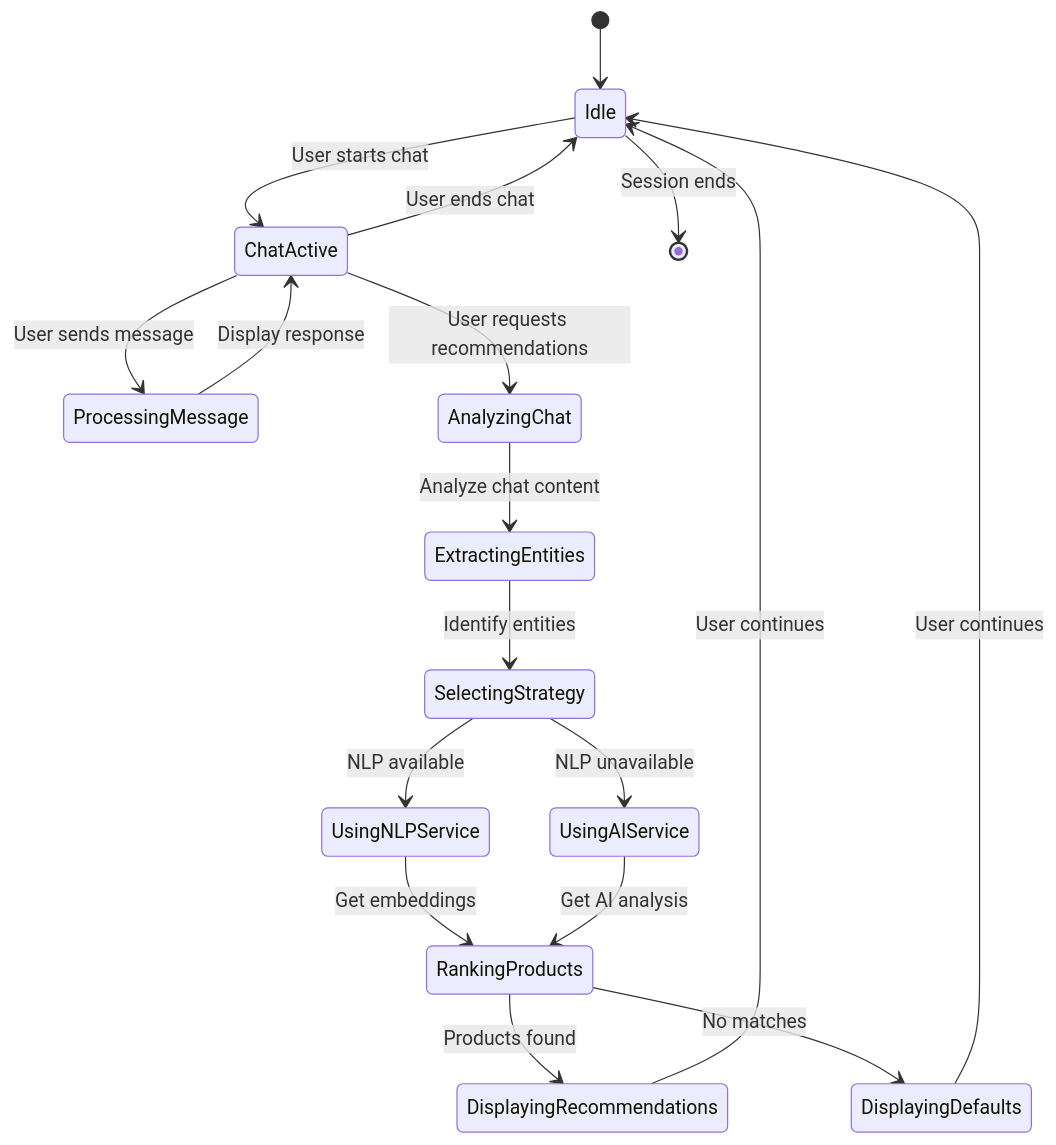
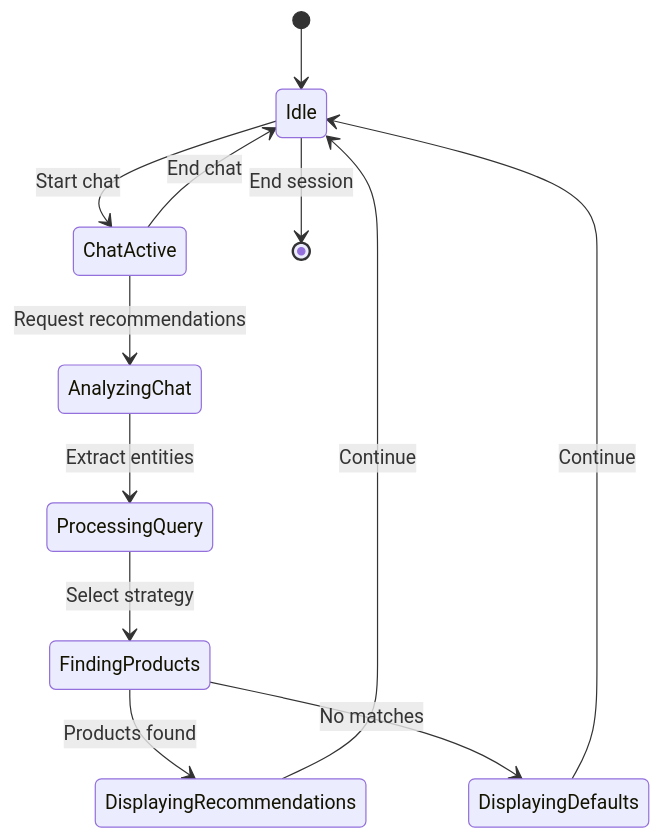
One commit to Gauravkrsah/Cropsay changed the third of 7 diagrams in documentation/digram.md. Above: the diagram before and after it, drawn with Mermaid. The commit also changed other lines of this file, not shown here.

Commit message:
Simplify and clean up system diagrams for better visualization

````diff
--- a/documentation/digram.md
+++ b/documentation/digram.md
@@ -237,30 +131,22 @@
 ```mermaid
 stateDiagram-v2
     [*] --> Idle
     
-    Idle --> ChatActive: User starts chat
+    Idle --> ChatActive: Start chat
     
-    ChatActive --> ProcessingMessage: User sends message
-    ProcessingMessage --> ChatActive: Display response
+    ChatActive --> AnalyzingChat: Request recommendations
     
-    ChatActive --> AnalyzingChat: User requests recommendations
+    AnalyzingChat --> ProcessingQuery: Extract entities
     
-    AnalyzingChat --> ExtractingEntities: Analyze chat content
-    ExtractingEntities --> SelectingStrategy: Identify entities
+    ProcessingQuery --> FindingProducts: Select strategy
     
-    SelectingStrategy --> UsingNLPService: NLP available
-    SelectingStrategy --> UsingAIService: NLP unavailable
+    FindingProducts --> DisplayingRecommendations: Products found
+    FindingProducts --> DisplayingDefaults: No matches
     
-    UsingNLPService --> RankingProducts: Get embeddings
-    UsingAIService --> RankingProducts: Get AI analysis
+    DisplayingRecommendations --> Idle: Continue
+    DisplayingDefaults --> Idle: Continue
     
-    RankingProducts --> DisplayingRecommendations: Products found
-    RankingProducts --> DisplayingDefaults: No matches
+    ChatActive --> Idle: End chat
     
-    DisplayingRecommendations --> Idle: User continues
-    DisplayingDefaults --> Idle: User continues
-    
-    ChatActive --> Idle: User ends chat
-    
-    Idle --> [*]: Session ends
+    Idle --> [*]: End session
 ```
````
